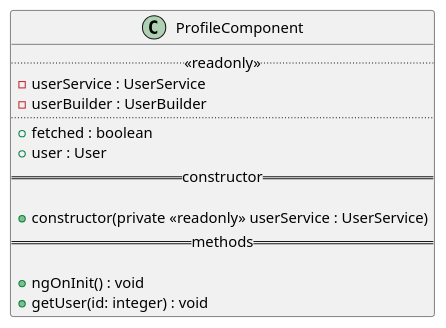
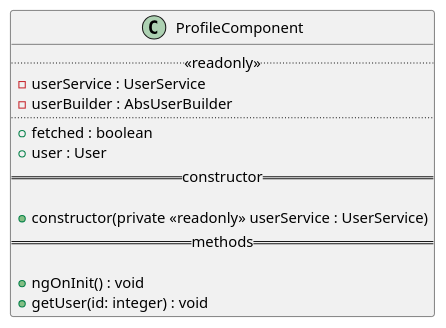
Before and after one commit to GruppOne/stalker-web-app: the diagram in docs/diagrams/view/routes/ProfileComponent.pu, drawn with PlantUML. The commit also changed 5 other files, not shown here.

Commit message:
docs: fix more diagrams

```diff
--- a/docs/diagrams/view/routes/ProfileComponent.pu
+++ b/docs/diagrams/view/routes/ProfileComponent.pu
@@ -1,17 +1,17 @@
 @startuml ProfileComponent diagram
 class ProfileComponent {
   ..<<readonly>>..
   - userService : UserService
-  - userBuilder : UserBuilder
+  - userBuilder : AbsUserBuilder
   ....
   + fetched : boolean
   + user : User
   ==constructor==
 
   + constructor(private <<readonly>> userService : UserService)
   ==methods==
 
   + ngOnInit() : void
   + getUser(id: integer) : void
 }
 @enduml
```
